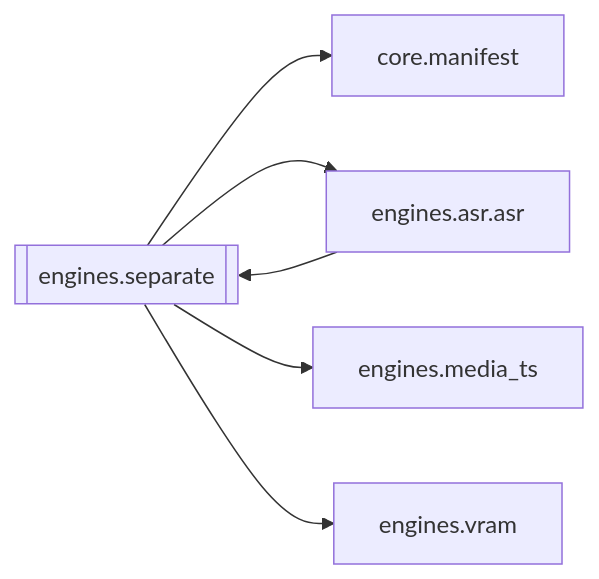
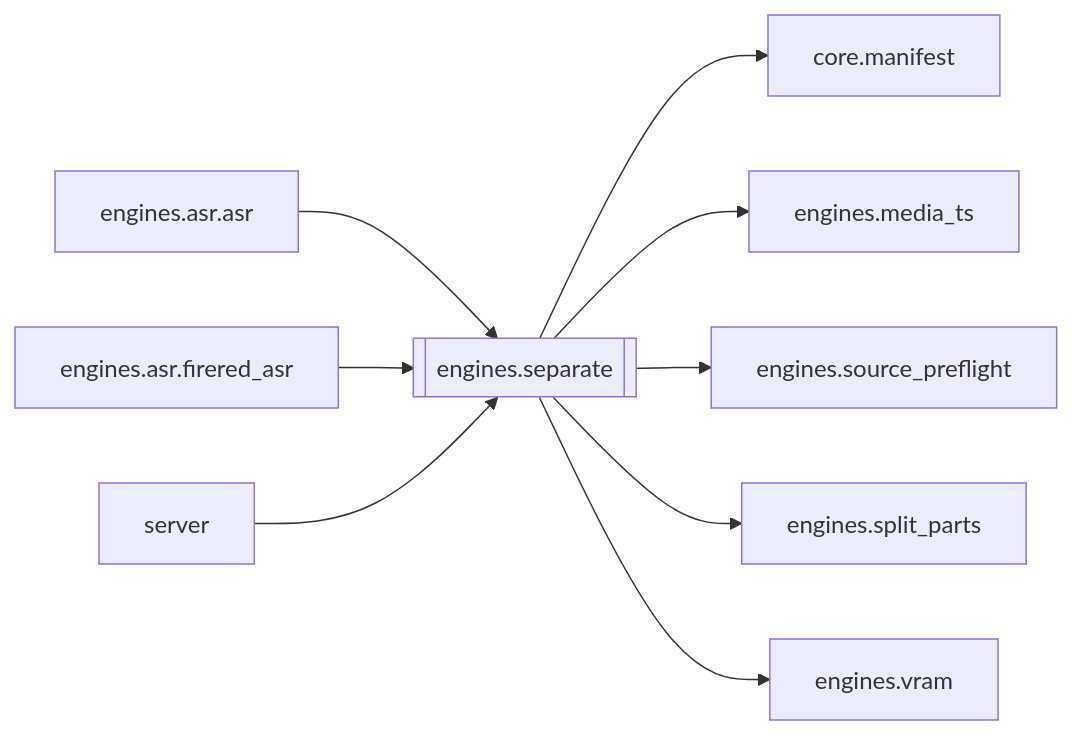
The diagram in docs/brain/modules/engines.separate.md (kjza178/PinelineV5), drawn with Mermaid before and after one commit. The commit also changed other lines of this file and 227 other files, not shown here.

````diff
--- a/docs/brain/modules/engines.separate.md
+++ b/docs/brain/modules/engines.separate.md
@@ -17,9 +17,12 @@
 ```mermaid
 flowchart LR
   engines_separate[[engines.separate]]
   engines_asr_asr[engines.asr.asr] --> engines_separate
+  engines_asr_firered_asr[engines.asr.firered_asr] --> engines_separate
+  server[server] --> engines_separate
   engines_separate --> core_manifest[core.manifest]
-  engines_separate --> engines_asr_asr[engines.asr.asr]
   engines_separate --> engines_media_ts[engines.media_ts]
+  engines_separate --> engines_source_preflight[engines.source_preflight]
+  engines_separate --> engines_split_parts[engines.split_parts]
   engines_separate --> engines_vram[engines.vram]
 ```
````
